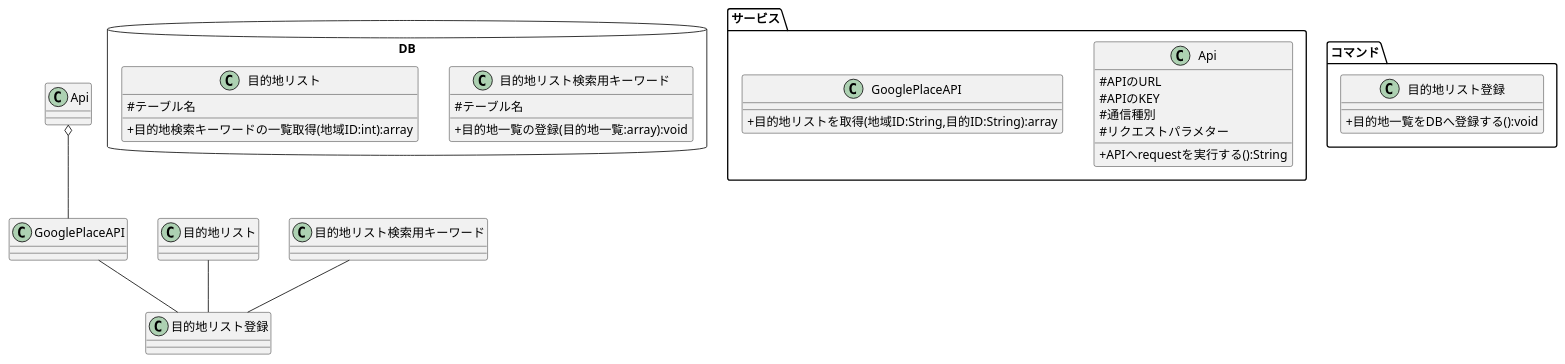
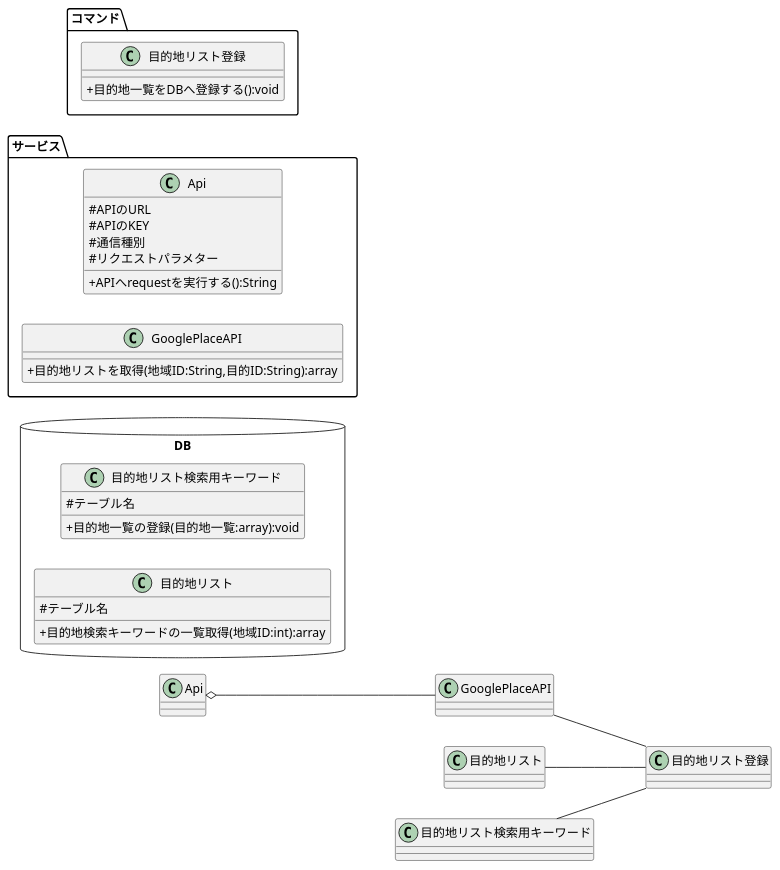
One commit to teamack20172020/sotukenTest changed the diagram in 設計書/クラス図/済：システム1：目的地一覧をDBへ登録する.pu. Above: the diagram before and after it, drawn with PlantUML. The commit also changed 2 other files, not shown here.

Commit message:
進捗情報の更新とクラス図の修正

```diff
--- a/設計書/クラス図/済：システム1：目的地一覧をDBへ登録する.pu
+++ b/設計書/クラス図/済：システム1：目的地一覧をDBへ登録する.pu
@@ -1,43 +1,45 @@
 @startuml
 
 skinparam classAttributeIconSize 0
 
 package DB <<Database>>  {
+    left to right direction
     class 目的地リスト検索用キーワード {
         # テーブル名
         + 目的地一覧の登録(目的地一覧:array):void
     }
     
     class 目的地リスト{
         # テーブル名
         + 目的地検索キーワードの一覧取得(地域ID:int):array
     }
 }
 
 package サービス{
+    left to right direction
     class Api {
         # APIのURL
         # APIのKEY
         # 通信種別
         # リクエストパラメター
         + APIへrequestを実行する():String
     }
 
-    .Api o-- .GooglePlaceAPI
-
     class GooglePlaceAPI {
         + 目的地リストを取得(地域ID:String,目的ID:String):array
     }
+
+    .Api o-- .GooglePlaceAPI
 }
 
 package コマンド{
     class 目的地リスト登録 {
         + 目的地一覧をDBへ登録する():void
     }
 
     .GooglePlaceAPI -- .目的地リスト登録
     .目的地リスト -- .目的地リスト登録
     .目的地リスト検索用キーワード -- .目的地リスト登録
 }
 
 @enduml
```
